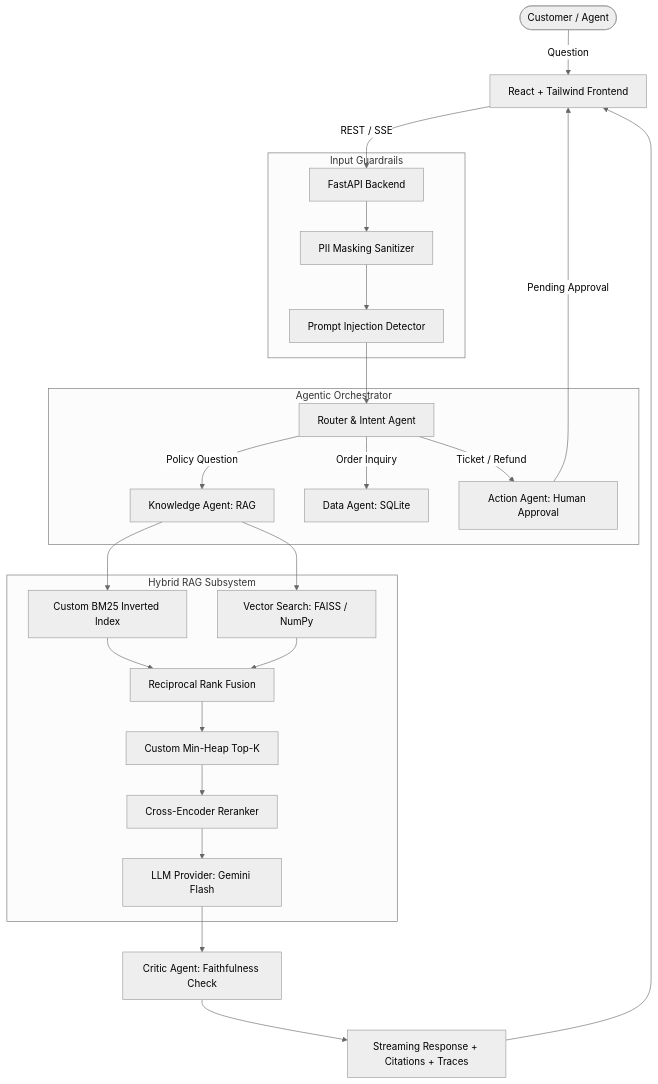
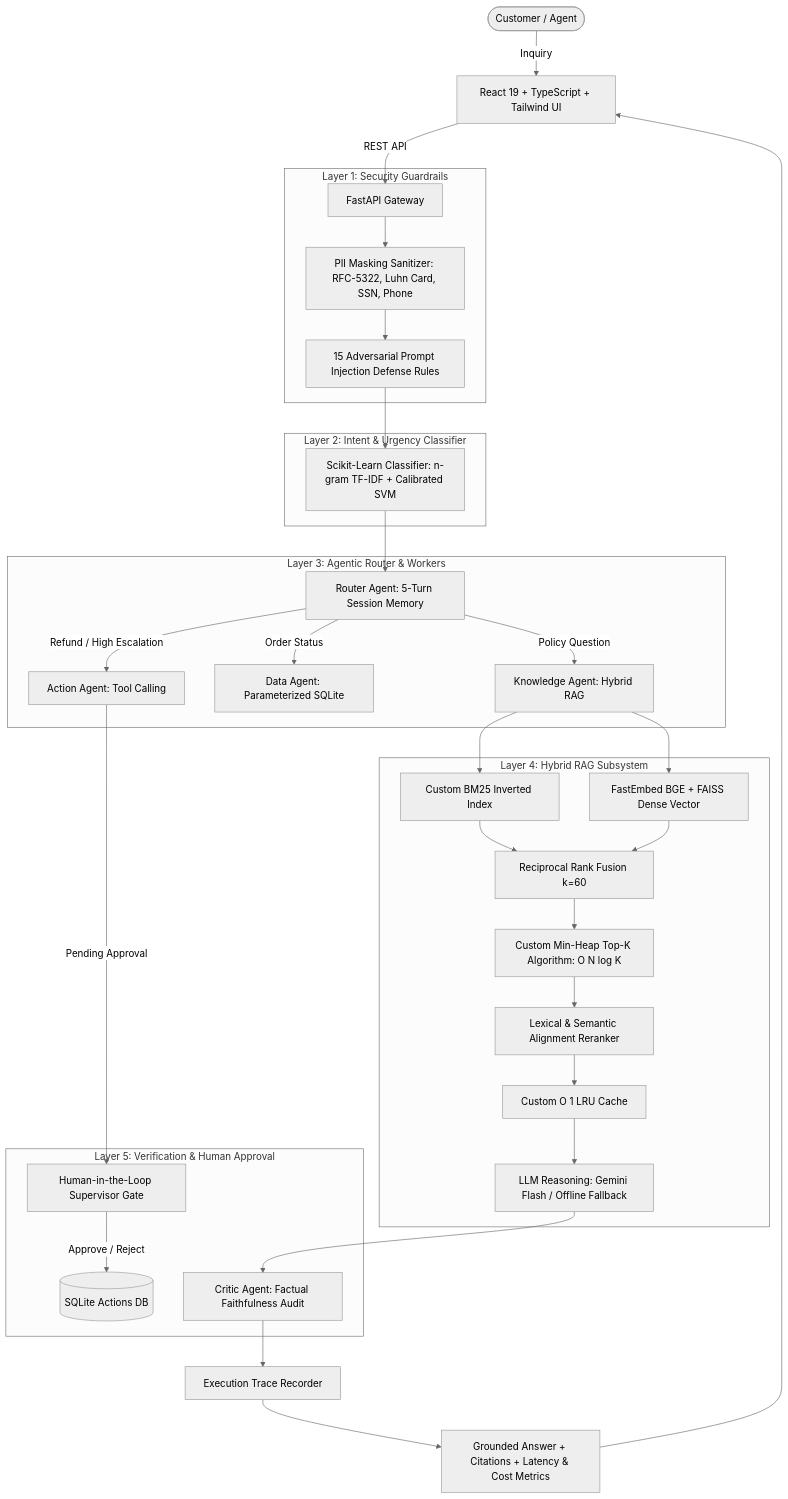
Before and after one commit to Ravibbk/SupportMind: the diagram in README.md, drawn with Mermaid (neutral theme). The commit also changed other lines of this file and 2 other files, not shown here.

````diff
--- a/README.md
+++ b/README.md
@@ -15,32 +35,42 @@
 ```mermaid
 flowchart TD
-    User([Customer / Agent]) -->|Question| UI[React + Tailwind Frontend]
-    UI -->|REST / SSE| API[FastAPI Backend]
+    User([Customer / Agent]) -->|Inquiry| UI[React 19 + TypeScript + Tailwind UI]
+    UI -->|REST API| API[FastAPI Gateway]
     
-    subgraph Guardrails [Input Guardrails]
-        API --> PII[PII Masking Sanitizer]
-        PII --> InjDef[Prompt Injection Detector]
+    subgraph Guardrails [Layer 1: Security Guardrails]
+        API --> PII[PII Masking Sanitizer: RFC-5322, Luhn Card, SSN, Phone]
+        PII --> InjDef[15 Adversarial Prompt Injection Defense Rules]
     end
 
-    subgraph Agents [Agentic Orchestrator]
-        InjDef --> Router[Router & Intent Agent]
-        Router -->|Policy Question| KnowAgent[Knowledge Agent: RAG]
-        Router -->|Order Inquiry| DataAgent[Data Agent: SQLite]
-        Router -->|Ticket / Refund| ActionAgent[Action Agent: Human Approval]
+    subgraph Classifier [Layer 2: Intent & Urgency Classifier]
+        InjDef --> ML[Scikit-Learn Classifier: n-gram TF-IDF + Calibrated SVM]
     end
 
-    subgraph RAG [Hybrid RAG Subsystem]
-        KnowAgent --> BM25[Custom BM25 Inverted Index]
-        KnowAgent --> Vector[Vector Search: FAISS / NumPy]
-        BM25 --> RRF[Reciprocal Rank Fusion]
-        Vector --> RRF
-        RRF --> Heap[Custom Min-Heap Top-K]
-        Heap --> Rerank[Cross-Encoder Reranker]
-        Rerank --> LLM[LLM Provider: Gemini Flash]
+    subgraph Agents [Layer 3: Agentic Router & Workers]
+        ML --> Router[Router Agent: 5-Turn Session Memory]
+        Router -->|Policy Question| KnowAgent[Knowledge Agent: Hybrid RAG]
+        Router -->|Order Status| DataAgent[Data Agent: Parameterized SQLite]
+        Router -->|Refund / High Escalation| ActionAgent[Action Agent: Tool Calling]
     end
 
-    ActionAgent -->|Pending Approval| UI
-    LLM --> Critic[Critic Agent: Faithfulness Check]
-    Critic --> Output[Streaming Response + Citations + Traces]
+    subgraph RAG [Layer 4: Hybrid RAG Subsystem]
+        KnowAgent --> BM25[Custom BM25 Inverted Index]
+        KnowAgent --> Vector[FastEmbed BGE + FAISS Dense Vector]
+        BM25 --> RRF[Reciprocal Rank Fusion k=60]
+        Vector --> RRF
+        RRF --> Heap[Custom Min-Heap Top-K Algorithm: O N log K]
+        Heap --> Rerank[Lexical & Semantic Alignment Reranker]
+        Rerank --> Cache[Custom O 1 LRU Cache]
+        Cache --> LLM[LLM Reasoning: Gemini Flash / Offline Fallback]
+    end
+
+    subgraph Safety [Layer 5: Verification & Human Approval]
+        ActionAgent -->|Pending Approval| HITL[Human-in-the-Loop Supervisor Gate]
+        HITL -->|Approve / Reject| DB[(SQLite Actions DB)]
+        LLM --> Critic[Critic Agent: Factual Faithfulness Audit]
+    end
+
+    Critic --> Telemetry[Execution Trace Recorder]
+    Telemetry --> Output[Grounded Answer + Citations + Latency & Cost Metrics]
     Output --> UI
 ```
````
